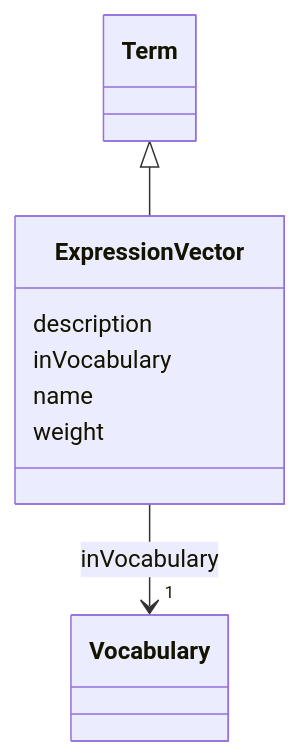
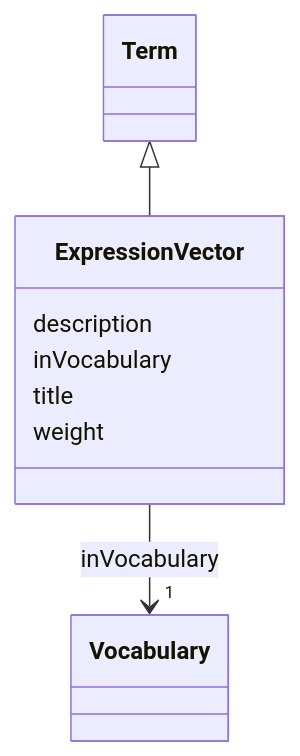
Before and after one commit to EVORA-project/evora-ontology: the diagram in models/docs/ExpressionVector.md, drawn with Mermaid. The commit also changed other lines of this file and 435 other files, not shown here.

````diff
--- a/models/docs/ExpressionVector.md
+++ b/models/docs/ExpressionVector.md
@@ -19,24 +19,24 @@
 ```mermaid
  classDiagram
     class ExpressionVector
     click ExpressionVector href "../ExpressionVector"
       Term <|-- ExpressionVector
         click Term href "../Term"
       
       ExpressionVector : description
         
       ExpressionVector : inVocabulary
         
           
     
     
     ExpressionVector --> "1" Vocabulary : inVocabulary
     click Vocabulary href "../Vocabulary"
 
         
-      ExpressionVector : name
+      ExpressionVector : title
         
       ExpressionVector : weight
         
       
 ```
````
